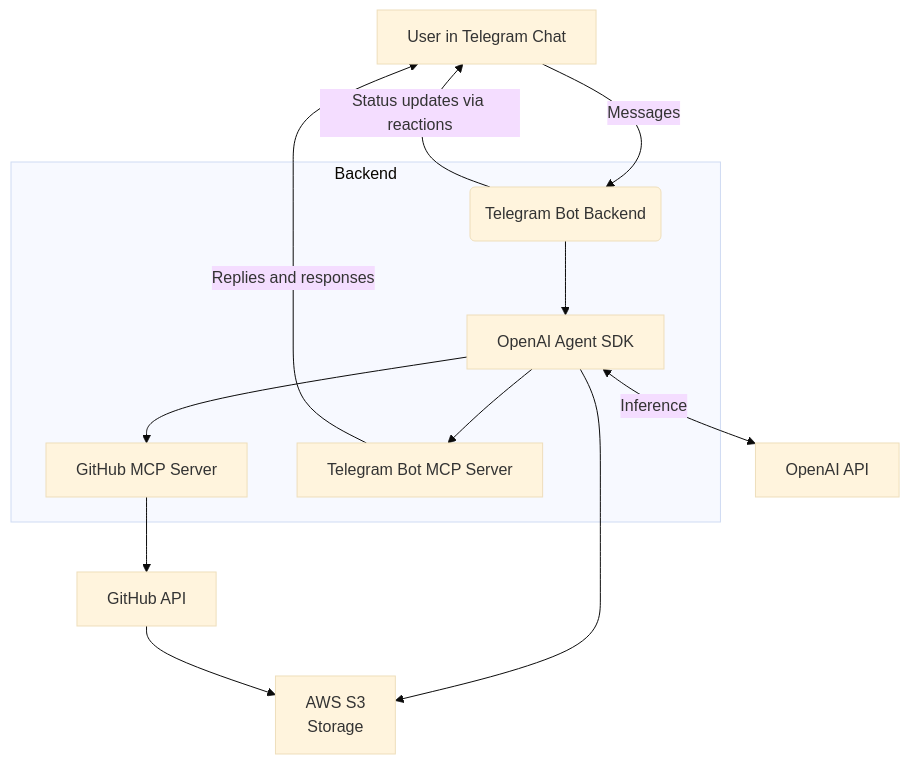
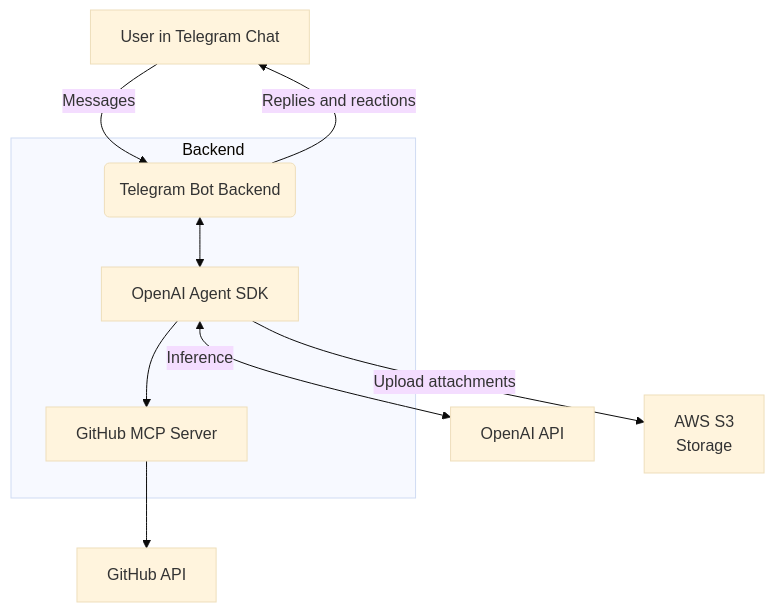
The diagram in README.md (imajus/telegit), drawn with Mermaid (base theme) before and after one commit. The commit also changed other lines of this file and 13 other files, not shown here.

````diff
--- a/README.md
+++ b/README.md
@@ -25,15 +30,12 @@
 ```mermaid
 flowchart TD
   A[User in Telegram Chat] -->|Messages| B(Telegram Bot Backend)
   subgraph Backend
-    B --> G[OpenAI Agent SDK]
+    B <--> G[OpenAI Agent SDK]
     G --> D[GitHub MCP Server]
-    G --> H[Telegram Bot MCP Server]
   end
   G <--> |Inference| C[OpenAI API]
-  H --> |Replies and responses| A
+  B --> |Replies and reactions| A
   D --> E[GitHub API]
-  G --> F[AWS S3<br/>Storage]
-  E --> F
-  B --> |Status updates via reactions| A
+  G --> |Upload attachments| F[AWS S3<br/>Storage]
 ```
````
